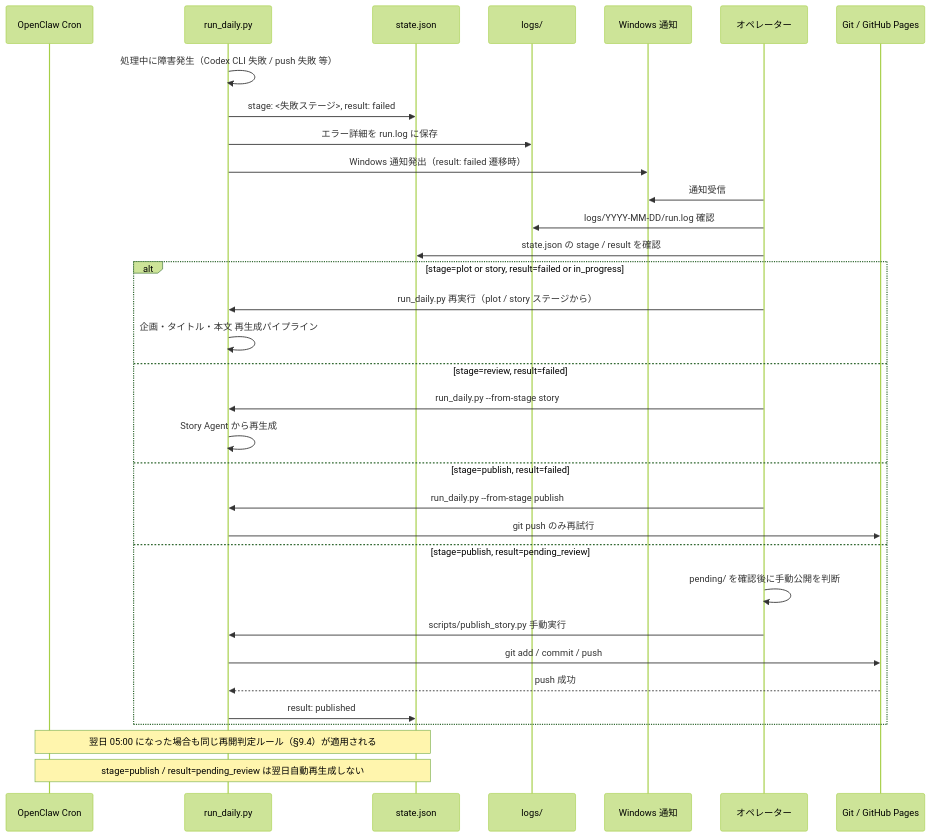
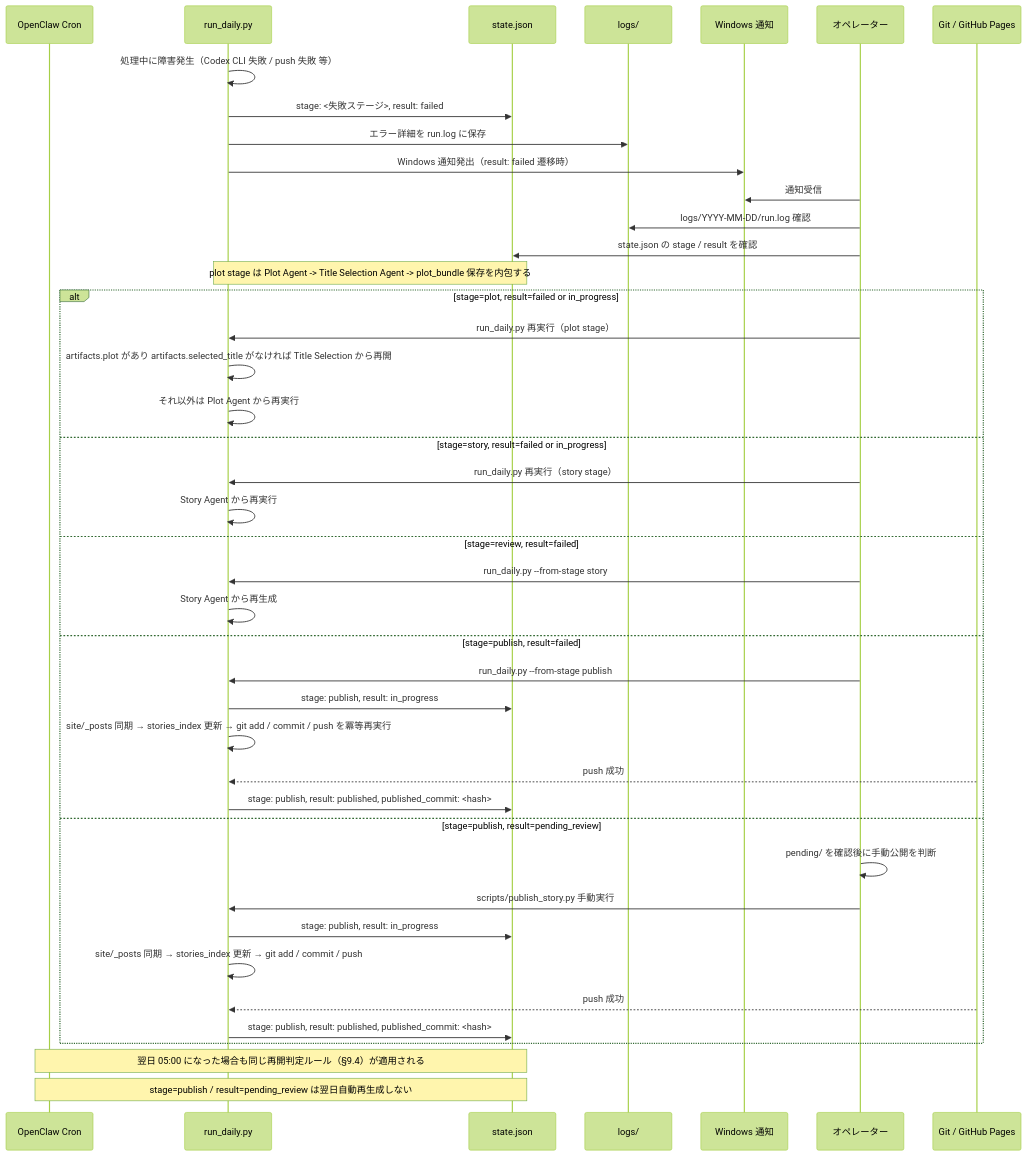
The fifth of 6 diagrams in sequence.md (garyohosu/writer), drawn with Mermaid (forest theme) before and after one commit. The commit also changed other lines of this file and 3 other files, not shown here.

First line of the commit message:
Add class.md: クラス図（全体・パイプライン・データモデル）

````diff
--- a/sequence.md
+++ b/sequence.md
@@ -181,39 +196,48 @@
 ```mermaid
 sequenceDiagram
     participant CRON as OpenClaw Cron
     participant MAIN as run_daily.py
     participant STATE as state.json
     participant LOG as logs/
     participant WIN as Windows 通知
     participant OPE as オペレーター
     participant GIT as Git / GitHub Pages
 
     MAIN->>MAIN: 処理中に障害発生（Codex CLI 失敗 / push 失敗 等）
     MAIN->>STATE: stage: <失敗ステージ>, result: failed
     MAIN->>LOG: エラー詳細を run.log に保存
     MAIN->>WIN: Windows 通知発出（result: failed 遷移時）
 
     OPE->>WIN: 通知受信
     OPE->>LOG: logs/YYYY-MM-DD/run.log 確認
     OPE->>STATE: state.json の stage / result を確認
+    Note over MAIN,STATE: plot stage は Plot Agent -> Title Selection Agent -> plot_bundle 保存を内包する
 
-    alt stage=plot or story, result=failed or in_progress
-        OPE->>MAIN: run_daily.py 再実行（plot / story ステージから）
-        MAIN->>MAIN: 企画・タイトル・本文 再生成パイプライン
+    alt stage=plot, result=failed or in_progress
+        OPE->>MAIN: run_daily.py 再実行（plot stage）
+        MAIN->>MAIN: artifacts.plot があり artifacts.selected_title がなければ Title Selection から再開
+        MAIN->>MAIN: それ以外は Plot Agent から再実行
+    else stage=story, result=failed or in_progress
+        OPE->>MAIN: run_daily.py 再実行（story stage）
+        MAIN->>MAIN: Story Agent から再実行
     else stage=review, result=failed
         OPE->>MAIN: run_daily.py --from-stage story
         MAIN->>MAIN: Story Agent から再生成
     else stage=publish, result=failed
         OPE->>MAIN: run_daily.py --from-stage publish
-        MAIN->>GIT: git push のみ再試行
+        MAIN->>STATE: stage: publish, result: in_progress
+        MAIN->>MAIN: site/_posts 同期 → stories_index 更新 → git add / commit / push を冪等再実行
+        GIT-->>MAIN: push 成功
+        MAIN->>STATE: stage: publish, result: published, published_commit: <hash>
     else stage=publish, result=pending_review
         OPE->>OPE: pending/ を確認後に手動公開を判断
         OPE->>MAIN: scripts/publish_story.py 手動実行
-        MAIN->>GIT: git add / commit / push
+        MAIN->>STATE: stage: publish, result: in_progress
+        MAIN->>MAIN: site/_posts 同期 → stories_index 更新 → git add / commit / push
         GIT-->>MAIN: push 成功
-        MAIN->>STATE: result: published
+        MAIN->>STATE: stage: publish, result: published, published_commit: <hash>
     end
 
     Note over CRON,STATE: 翌日 05:00 になった場合も同じ再開判定ルール（§9.4）が適用される
     Note over CRON,STATE: stage=publish / result=pending_review は翌日自動再生成しない
 ```
````
